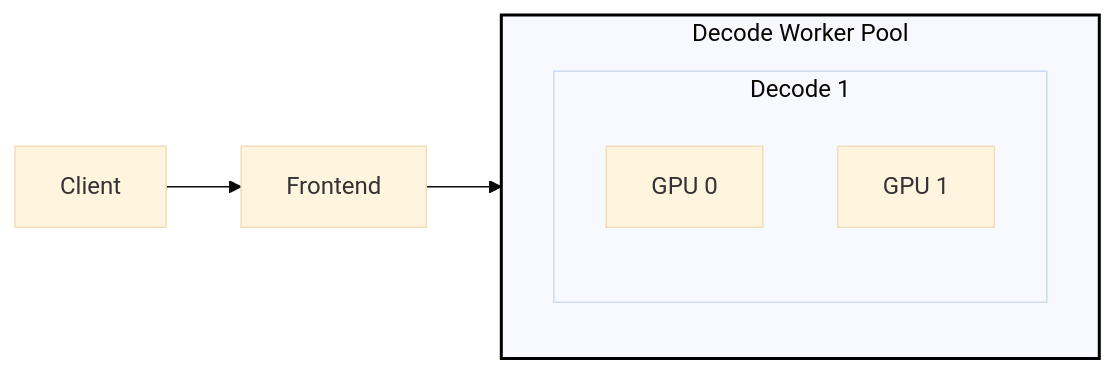
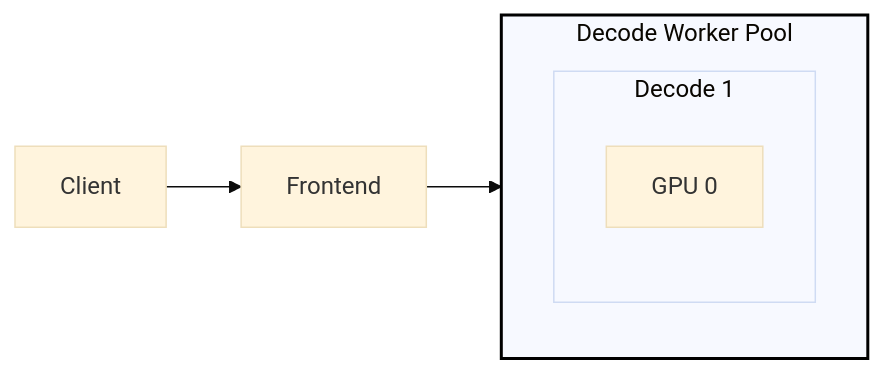
Before and after one commit to vickiegpt/dynamo: the second of 5 diagrams in tests/fault_tolerance/deploy/README.md, drawn with Mermaid (base theme). The commit also changed other lines of this file, not shown here.

````diff
--- a/tests/fault_tolerance/deploy/README.md
+++ b/tests/fault_tolerance/deploy/README.md
@@ -214,21 +214,20 @@
 ```mermaid
 graph LR
     Client["Client"]
     Frontend["Frontend"]
 
     Client --> Frontend
     Frontend --> DecodePool
 
     %% Decode Worker Pool (vertical layout)
     subgraph DecodePool["Decode Worker Pool"]
         direction TB
         subgraph Decode1["Decode 1"]
             direction TB
             D1GPU0["GPU 0"]
-            D1GPU1["GPU 1"]
         end
     end
 
     %% Styling
     style DecodePool stroke:#000,stroke-width:2px
 ```
````
